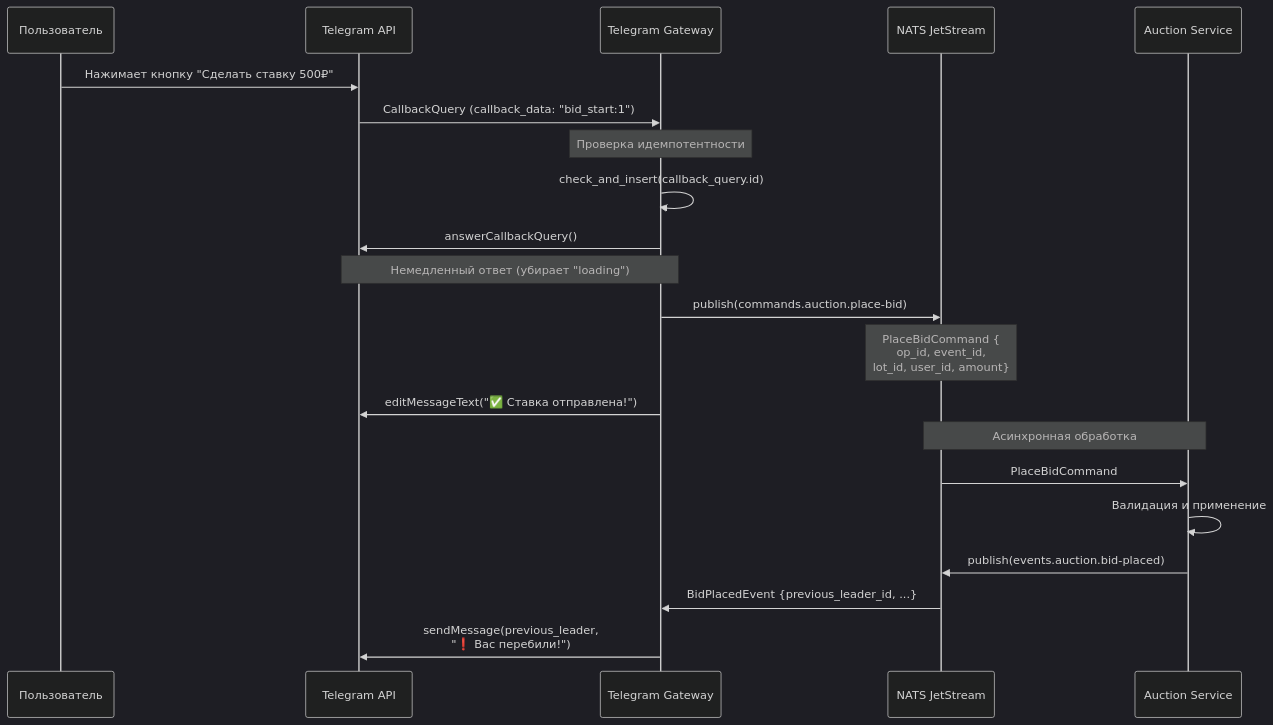
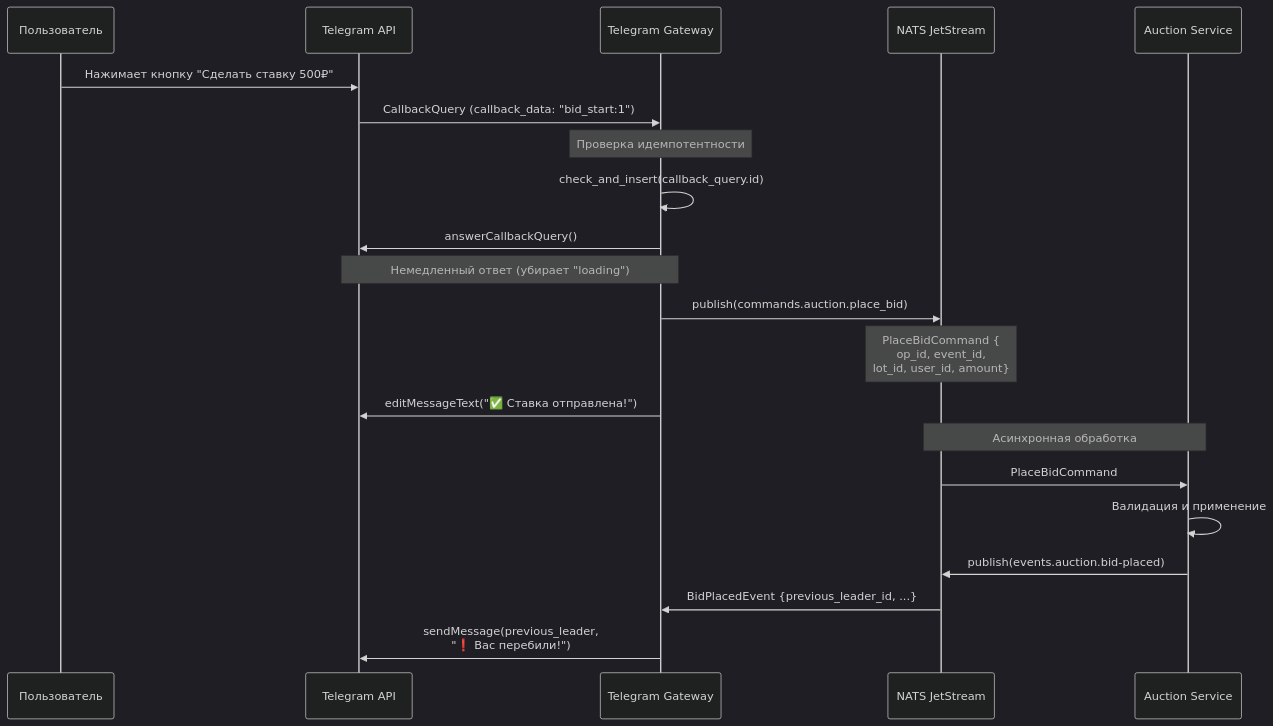
One commit to Solguficky/solguficky-hub changed the first of 2 diagrams in docs/02_SERVICES/telegram-gateway.md. Above: the diagram before and after it, drawn with Mermaid (dark theme). The commit also changed other lines of this file and 31 other files, not shown here.

````diff
--- a/docs/02_SERVICES/telegram-gateway.md
+++ b/docs/02_SERVICES/telegram-gateway.md
@@ -208,30 +208,30 @@
 ```mermaid
 sequenceDiagram
     participant User as Пользователь
     participant TG as Telegram API
     participant Gateway as Telegram Gateway
     participant NATS as NATS JetStream
     participant Auction as Auction Service
 
     User->>TG: Нажимает кнопку "Сделать ставку 500₽"
     TG->>Gateway: CallbackQuery (callback_data: "bid_start:1")
 
     Note over Gateway: Проверка идемпотентности
     Gateway->>Gateway: check_and_insert(callback_query.id)
 
     Gateway->>TG: answerCallbackQuery()
     Note over Gateway,TG: Немедленный ответ (убирает "loading")
 
-    Gateway->>NATS: publish(commands.auction.place-bid)
+    Gateway->>NATS: publish(commands.auction.place_bid)
     Note over NATS: PlaceBidCommand {<br/>op_id, event_id,<br/>lot_id, user_id, amount}
 
     Gateway->>TG: editMessageText("✅ Ставка отправлена!")
 
     Note over NATS,Auction: Асинхронная обработка
     NATS->>Auction: PlaceBidCommand
     Auction->>Auction: Валидация и применение
     Auction->>NATS: publish(events.auction.bid-placed)
 
     NATS->>Gateway: BidPlacedEvent {previous_leader_id, ...}
     Gateway->>TG: sendMessage(previous_leader,<br/>"❗ Вас перебили!")
 ```
````
